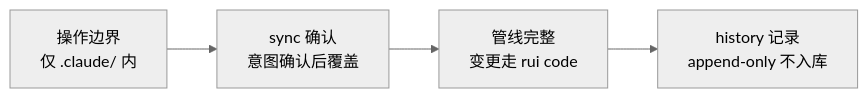
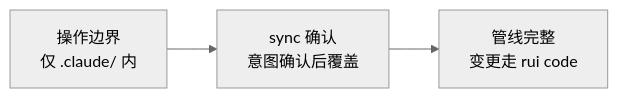
One commit to effiy/YrY changed the seventh of 7 diagrams in skills/rui-claude/SKILL.md. Above: the diagram before and after it, drawn with Mermaid (neutral theme). The commit also changed other lines of this file and 91 other files, not shown here.

````diff
--- a/skills/rui-claude/SKILL.md
+++ b/skills/rui-claude/SKILL.md
@@ -190,7 +166,6 @@
 ```mermaid
 flowchart LR
     S1["操作边界<br/>仅 .claude/ 内"]:::sig --> S2["sync 确认<br/>意图确认后覆盖"]:::sig
     S2 --> S3["管线完整<br/>变更走 rui code"]:::sig
-    S3 --> S4["history 记录<br/>append-only 不入库"]:::sig
 
 ```
````
